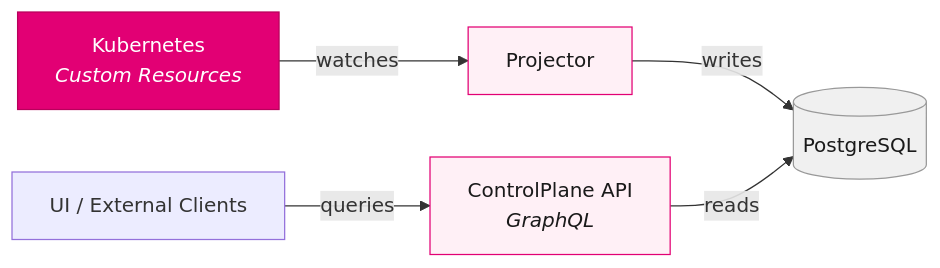
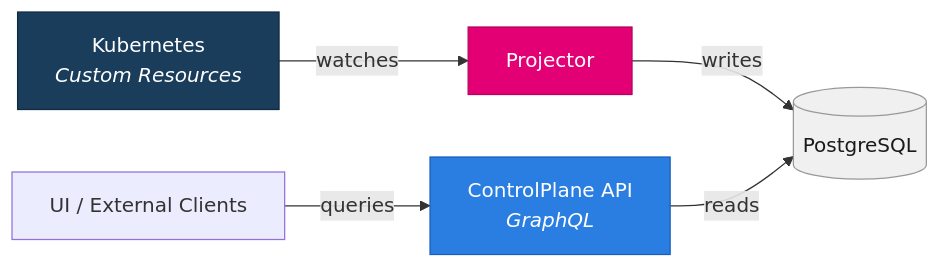
The diagram in docs/docs/admin-journey/controlplane-api.md (telekom/controlplane), drawn with Mermaid before and after one commit. The commit also changed other lines of this file, not shown here.

First line of the commit message:
docs(admin-journey): simplify controlplane-api page and align with overlay structure

````diff
--- a/docs/docs/admin-journey/controlplane-api.md
+++ b/docs/docs/admin-journey/controlplane-api.md
@@ -17,21 +15,23 @@
 ```mermaid
 graph LR
     K8s["Kubernetes<br/><i>Custom Resources</i>"]
     P["Projector"]
     DB[("PostgreSQL")]
     API["ControlPlane API<br/><i>GraphQL</i>"]
     UI["UI / External Clients"]
 
     K8s -- watches --> P
     P -- writes --> DB
     API -- reads --> DB
     UI -- queries --> API
 
-    classDef cluster fill:#e20074,stroke:#b8005c,color:#fff
-    classDef service fill:#fff0f6,stroke:#e20074,color:#1a1a1a
+    classDef cluster fill:#1a3d5c,stroke:#0f2b42,color:#fff
+    classDef projector fill:#e20074,stroke:#b8005c,color:#fff
+    classDef api fill:#2a7de1,stroke:#1a5fba,color:#fff
     classDef db fill:#f0f0f0,stroke:#999,color:#1a1a1a
 
     class K8s cluster
-    class P,API service
+    class P projector
+    class API api
     class DB db
 ```
````
